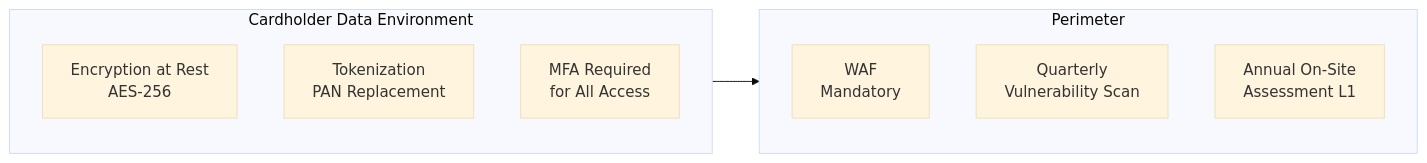
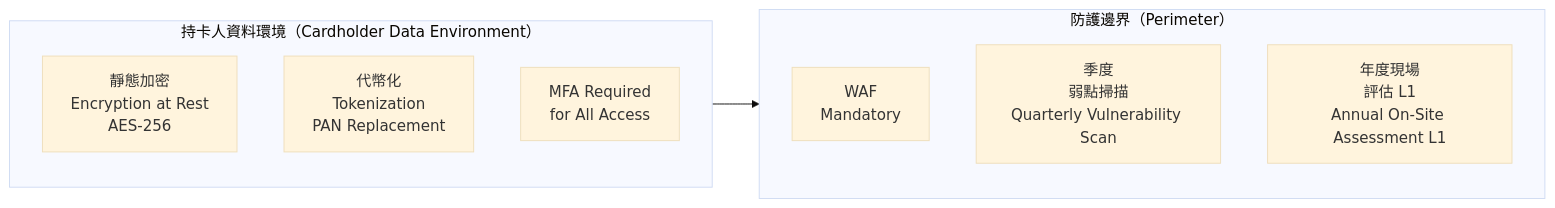
Before and after one commit to ron03wlb/smart-admin: diagram 12 of 12 in docs/iGaming/architecture/00_Overview/Platform_Architecture.md, drawn with Mermaid (base theme). The commit also changed other lines of this file, not shown here.

First line of the commit message:
docs(iGaming): translate Platform_Architecture.md to Traditional Chinese

````diff
--- a/docs/iGaming/architecture/00_Overview/Platform_Architecture.md
+++ b/docs/iGaming/architecture/00_Overview/Platform_Architecture.md
@@ -504,16 +504,16 @@
 ```mermaid
 flowchart LR
-    subgraph CDE["Cardholder Data Environment"]
-        ENCRYPT[Encryption at Rest<br/>AES-256]
-        TOKENIZE[Tokenization<br/>PAN Replacement]
+    subgraph CDE["持卡人資料環境（Cardholder Data Environment）"]
+        ENCRYPT[靜態加密<br/>Encryption at Rest<br/>AES-256]
+        TOKENIZE[代幣化<br/>Tokenization<br/>PAN Replacement]
         MFA[MFA Required<br/>for All Access]
     end
 
-    subgraph Protection["Perimeter"]
+    subgraph Protection["防護邊界（Perimeter）"]
         WAF_PCI[WAF<br/>Mandatory]
-        SCAN[Quarterly<br/>Vulnerability Scan]
-        AUDIT[Annual On-Site<br/>Assessment L1]
+        SCAN[季度<br/>弱點掃描<br/>Quarterly Vulnerability Scan]
+        AUDIT[年度現場<br/>評估 L1<br/>Annual On-Site Assessment L1]
     end
 
     CDE --> Protection
 ```
````
